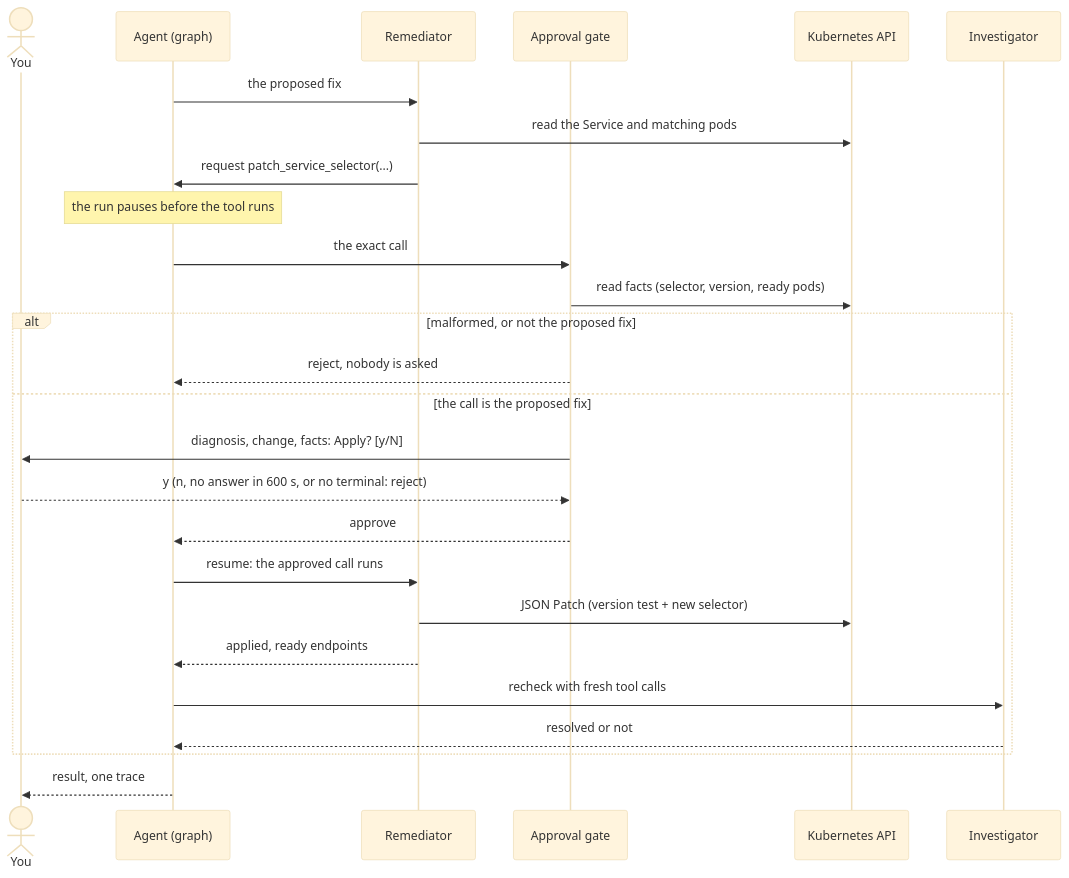
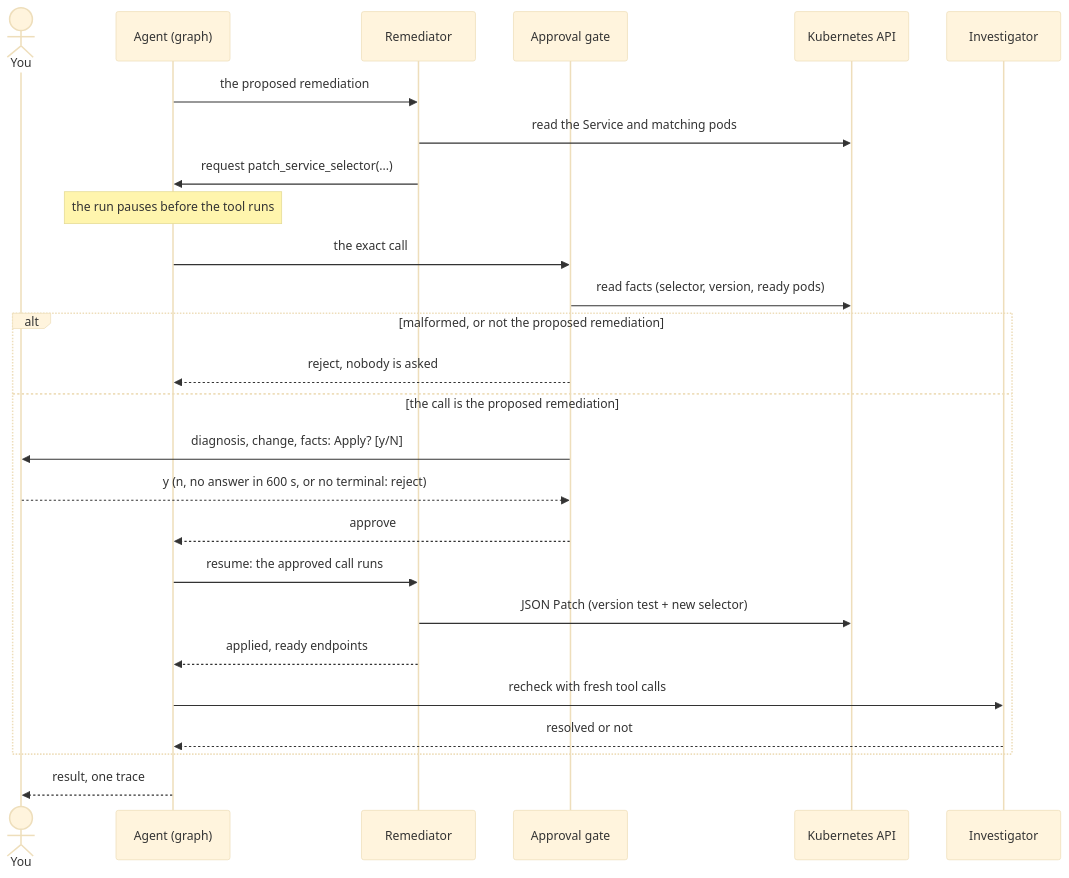
The fourth of 6 diagrams in DESIGN.md (tomershukhman/k8s-troubleshooting-agent), drawn with Mermaid (base theme) before and after one commit. The commit also changed other lines of this file, not shown here.

Commit message:
DESIGN: call it remediation, as the README and the brief do [skip ci]

````diff
--- a/DESIGN.md
+++ b/DESIGN.md
@@ -114,29 +114,29 @@
 ```mermaid
 sequenceDiagram
     actor U as You
     participant A as Agent (graph)
     participant R as Remediator
     participant G as Approval gate
     participant K as Kubernetes API
     participant I as Investigator
 
-    A->>R: the proposed fix
+    A->>R: the proposed remediation
     R->>K: read the Service and matching pods
     R->>A: request patch_service_selector(...)
     Note over A: the run pauses before the tool runs
     A->>G: the exact call
     G->>K: read facts (selector, version, ready pods)
-    alt malformed, or not the proposed fix
+    alt malformed, or not the proposed remediation
         G-->>A: reject, nobody is asked
-    else the call is the proposed fix
+    else the call is the proposed remediation
         G->>U: diagnosis, change, facts: Apply? [y/N]
         U-->>G: y (n, no answer in 600 s, or no terminal: reject)
         G-->>A: approve
         A->>R: resume: the approved call runs
         R->>K: JSON Patch (version test + new selector)
         R-->>A: applied, ready endpoints
         A->>I: recheck with fresh tool calls
         I-->>A: resolved or not
     end
     A-->>U: result, one trace
 ```
````
